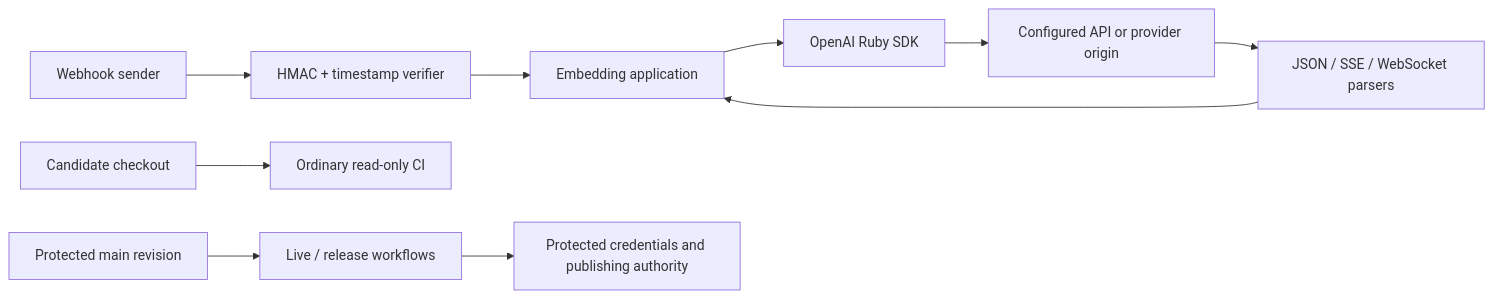
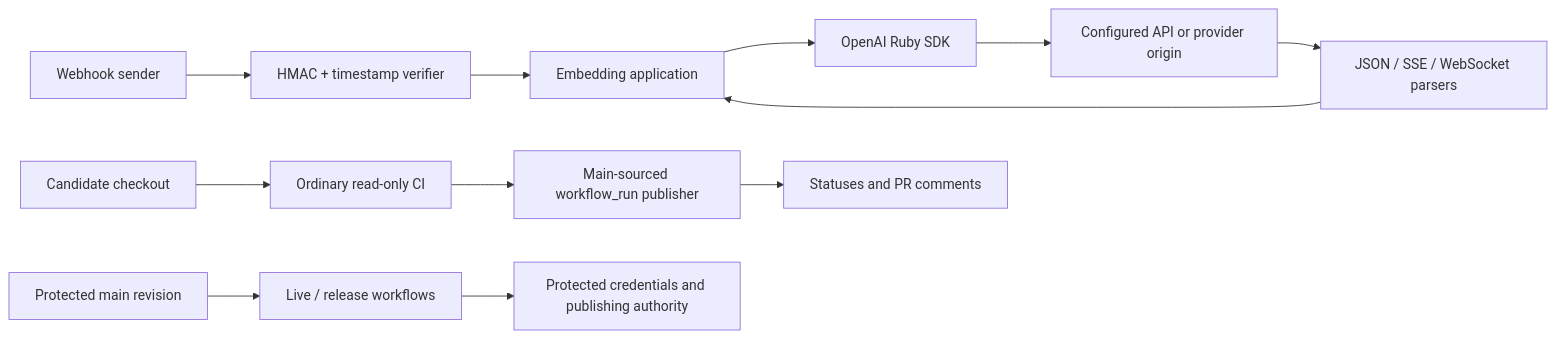
Before and after one commit to openai/openai-ruby: the diagram in docs/architecture/security-model.md, drawn with Mermaid. The commit also changed other lines of this file and 2 other files, not shown here.

````diff
--- a/docs/architecture/security-model.md
+++ b/docs/architecture/security-model.md
@@ -28,12 +28,14 @@
 ```mermaid
 flowchart LR
   Caller[Embedding application] --> SDK[OpenAI Ruby SDK]
   SDK --> API[Configured API or provider origin]
   API --> Parser[JSON / SSE / WebSocket parsers]
   Parser --> Caller
   Webhook[Webhook sender] --> Verify[HMAC + timestamp verifier]
   Verify --> Caller
   PR[Candidate checkout] --> CI[Ordinary read-only CI]
+  CI --> Trusted[Main-sourced workflow_run publisher]
+  Trusted --> GitHub[Statuses and PR comments]
   Main[Protected main revision] --> Live[Live / release workflows]
   Live --> Secrets[Protected credentials and publishing authority]
 ```
````
